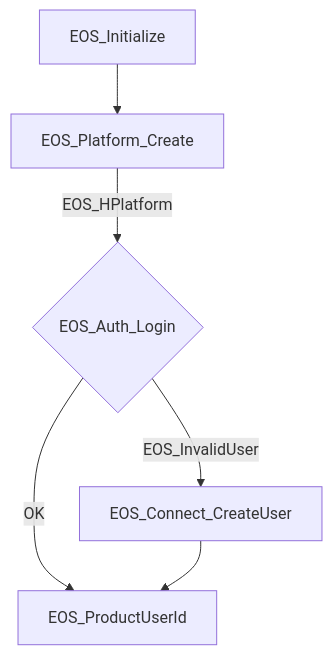
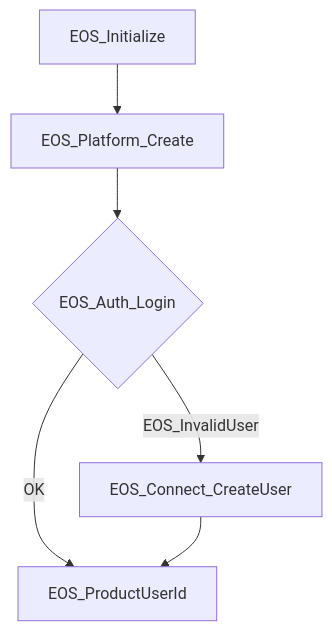
Before and after one commit to y-horiuchi-snd/eos_console_test: the second of 2 diagrams in README.md, drawn with Mermaid. The commit also changed other lines of this file and 1 other file, not shown here.

````diff
--- a/README.md
+++ b/README.md
@@ -135,8 +156,8 @@
 ```mermaid
 graph TD
  A[EOS_Initialize]-->B[EOS_Platform_Create]
- B-->|EOS_HPlatform|C{EOS_Auth_Login}
+ B-->C{EOS_Auth_Login}
  C-->|OK|F[EOS_ProductUserId]
  C-->|EOS_InvalidUser| E[EOS_Connect_CreateUser]
  E-->F[EOS_ProductUserId]
 ```
````
